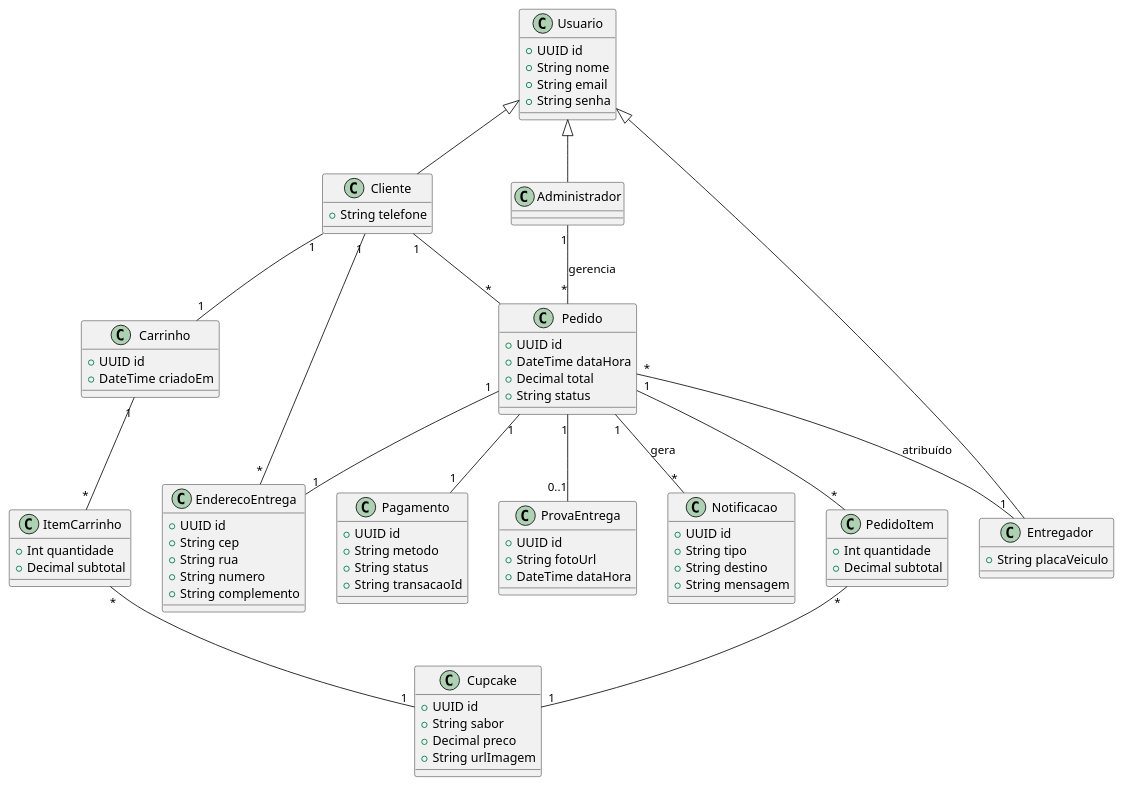
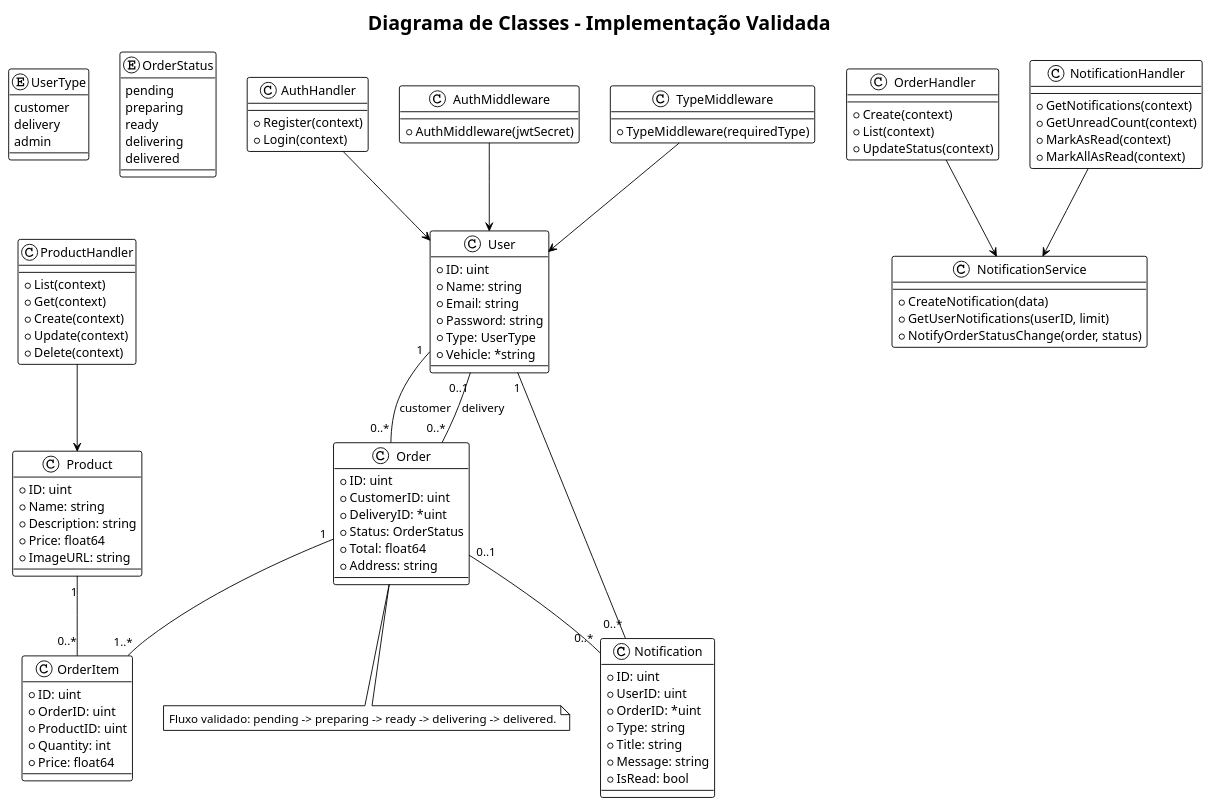
Before and after one commit to c-guedes/cupcake-delivery: the diagram in docs/diagramas/diagrama_de_classe_unificado.puml, drawn with PlantUML. The commit also changed 7 other files, not shown here.

```diff
--- a/docs/diagramas/diagrama_de_classe_unificado.puml
+++ b/docs/diagramas/diagrama_de_classe_unificado.puml
@@ -1,97 +1,120 @@
-@startuml DiagramaDeClasseUnificado
-'skinparam linetype ortho
+@startuml diagrama_de_classe_unificado
+!theme plain
+title Diagrama de Classes - Implementação Validada
 
-class Usuario {
-  +UUID id
-  +String nome
-  +String email
-  +String senha
+enum UserType {
+  customer
+  delivery
+  admin
 }
 
-class Cliente extends Usuario {
-  +String telefone
+enum OrderStatus {
+  pending
+  preparing
+  ready
+  delivering
+  delivered
 }
 
-class Administrador extends Usuario {
+class User {
+  +ID: uint
+  +Name: string
+  +Email: string
+  +Password: string
+  +Type: UserType
+  +Vehicle: *string
 }
 
-class Entregador extends Usuario {
-  +String placaVeiculo
+class Product {
+  +ID: uint
+  +Name: string
+  +Description: string
+  +Price: float64
+  +ImageURL: string
 }
 
-class Cupcake {
-  +UUID id
-  +String sabor
-  +Decimal preco
-  +String urlImagem
+class Order {
+  +ID: uint
+  +CustomerID: uint
+  +DeliveryID: *uint
+  +Status: OrderStatus
+  +Total: float64
+  +Address: string
 }
 
-class Carrinho {
-  +UUID id
-  +DateTime criadoEm
+class OrderItem {
+  +ID: uint
+  +OrderID: uint
+  +ProductID: uint
+  +Quantity: int
+  +Price: float64
 }
 
-class ItemCarrinho {
-  +Int quantidade
-  +Decimal subtotal
+class Notification {
+  +ID: uint
+  +UserID: uint
+  +OrderID: *uint
+  +Type: string
+  +Title: string
+  +Message: string
+  +IsRead: bool
 }
 
-class Pedido {
-  +UUID id
-  +DateTime dataHora
-  +Decimal total
-  +String status
+class AuthHandler {
+  +Register(context)
+  +Login(context)
 }
 
-class PedidoItem {
-  +Int quantidade
-  +Decimal subtotal
+class ProductHandler {
+  +List(context)
+  +Get(context)
+  +Create(context)
+  +Update(context)
+  +Delete(context)
 }
 
-class EnderecoEntrega {
-  +UUID id
-  +String cep
-  +String rua
-  +String numero
-  +String complemento
+class OrderHandler {
+  +Create(context)
+  +List(context)
+  +UpdateStatus(context)
 }
 
-class Pagamento {
-  +UUID id
-  +String metodo
-  +String status
-  +String transacaoId
+class NotificationHandler {
+  +GetNotifications(context)
+  +GetUnreadCount(context)
+  +MarkAsRead(context)
+  +MarkAllAsRead(context)
 }
 
-class ProvaEntrega {
-  +UUID id
-  +String fotoUrl
-  +DateTime dataHora
+class NotificationService {
+  +CreateNotification(data)
+  +GetUserNotifications(userID, limit)
+  +NotifyOrderStatusChange(order, status)
 }
 
-class Notificacao {
-    +UUID id
-    +String tipo
-    +String destino
-    +String mensagem
+class AuthMiddleware {
+  +AuthMiddleware(jwtSecret)
 }
 
-' Relacionamentos
-Cliente "1" -- "1" Carrinho
-Cliente "1" -- "*" Pedido
-Cliente "1" -- "*" EnderecoEntrega
+class TypeMiddleware {
+  +TypeMiddleware(requiredType)
+}
 
-Carrinho "1" -- "*" ItemCarrinho
-ItemCarrinho "*" -- "1" Cupcake
+User "1" -- "0..*" Order : customer
+User "0..1" -- "0..*" Order : delivery
+Order "1" -- "1..*" OrderItem
+Product "1" -- "0..*" OrderItem
+User "1" -- "0..*" Notification
+Order "0..1" -- "0..*" Notification
 
-Pedido "1" -- "*" PedidoItem
-PedidoItem "*" -- "1" Cupcake
-Pedido "1" -- "1" EnderecoEntrega
-Pedido "1" -- "1" Pagamento
-Pedido "1" -- "0..1" ProvaEntrega
-Pedido "*" -- "1" Entregador : atribuído
-Pedido "1" -- "*" Notificacao : gera
+OrderHandler --> NotificationService
+NotificationHandler --> NotificationService
+AuthHandler --> User
+ProductHandler --> Product
+AuthMiddleware --> User
+TypeMiddleware --> User
 
-Administrador "1" -- "*" Pedido : gerencia
-
+note bottom of Order
+Fluxo validado: pending -> preparing -> ready -> delivering -> delivered.
+end note
 @enduml
```
